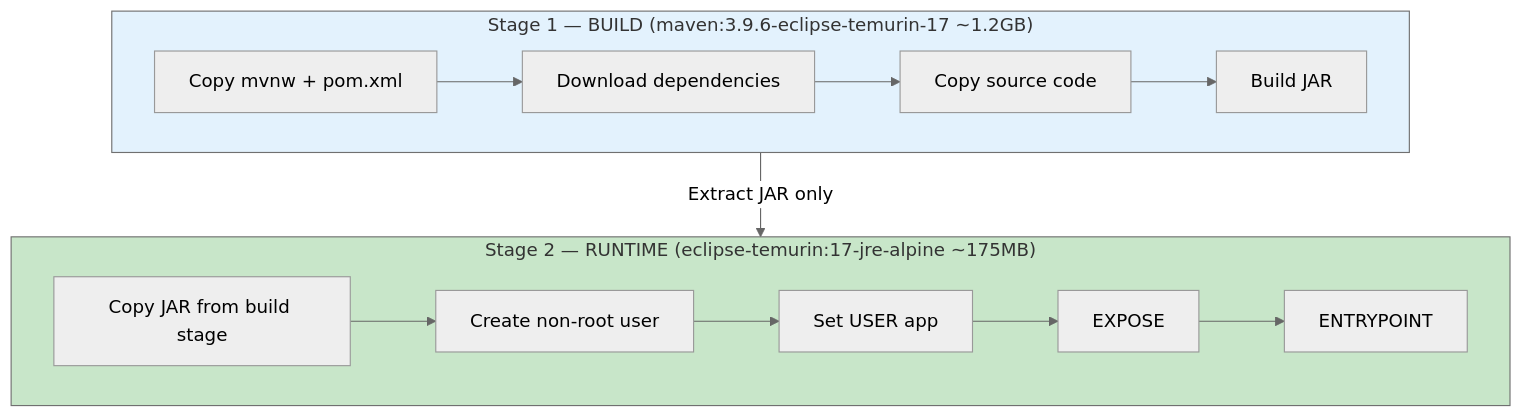
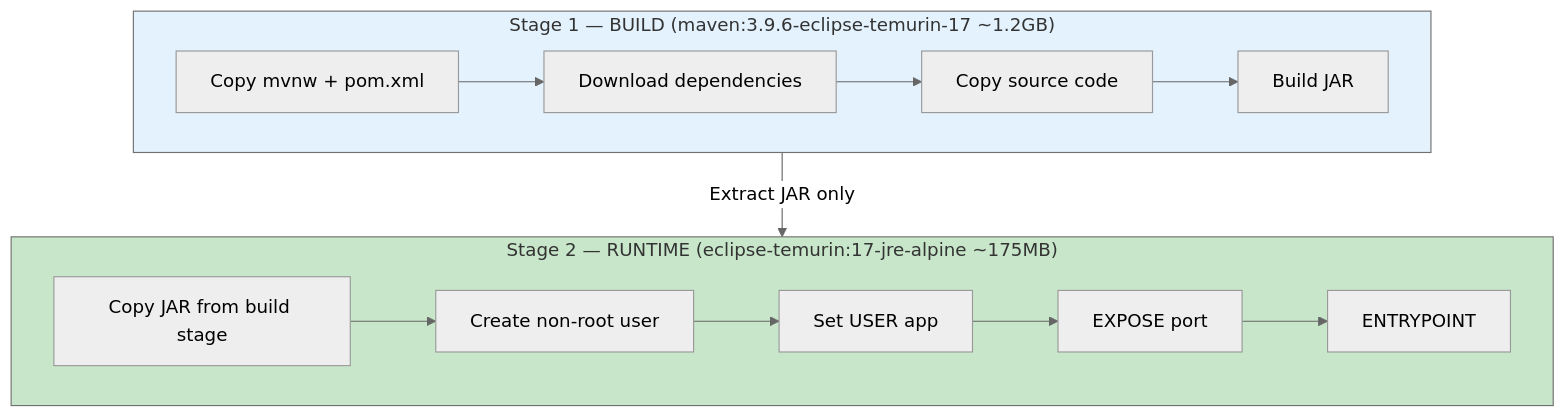
One commit to Keglev/stockease changed the diagram in docs/architecture/deployment/docker-strategy.md. Above: the diagram before and after it, drawn with Mermaid (neutral theme). The commit also changed 4 other files, not shown here.

Commit message:
Changed broken links in .html files; fix .css to render mermaid blocks

````diff
--- a/docs/architecture/deployment/docker-strategy.md
+++ b/docs/architecture/deployment/docker-strategy.md
@@ -9,20 +9,20 @@
 ```mermaid
 graph TD
     subgraph Stage1["Stage 1 — BUILD (maven:3.9.6-eclipse-temurin-17 ~1.2GB)"]
         B1[Copy mvnw + pom.xml] --> B2[Download dependencies]
         B2 --> B3[Copy source code]
         B3 --> B4[Build JAR]
     end
 
     Stage1 -->|Extract JAR only| Stage2
 
     subgraph Stage2["Stage 2 — RUNTIME (eclipse-temurin:17-jre-alpine ~175MB)"]
         R1[Copy JAR from build stage] --> R2[Create non-root user]
         R2 --> R3[Set USER app]
-        R3 --> R4[EXPOSE <port>]
+        R3 --> R4["EXPOSE port"]
         R4 --> R5[ENTRYPOINT]
     end
 
     style Stage1 fill:#e3f2fd
     style Stage2 fill:#c8e6c9
 ```
````
